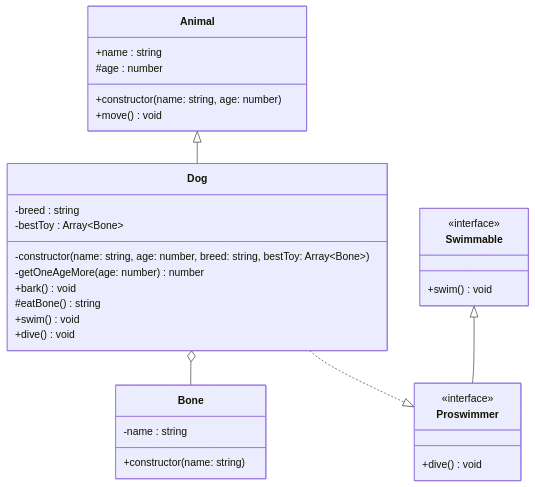
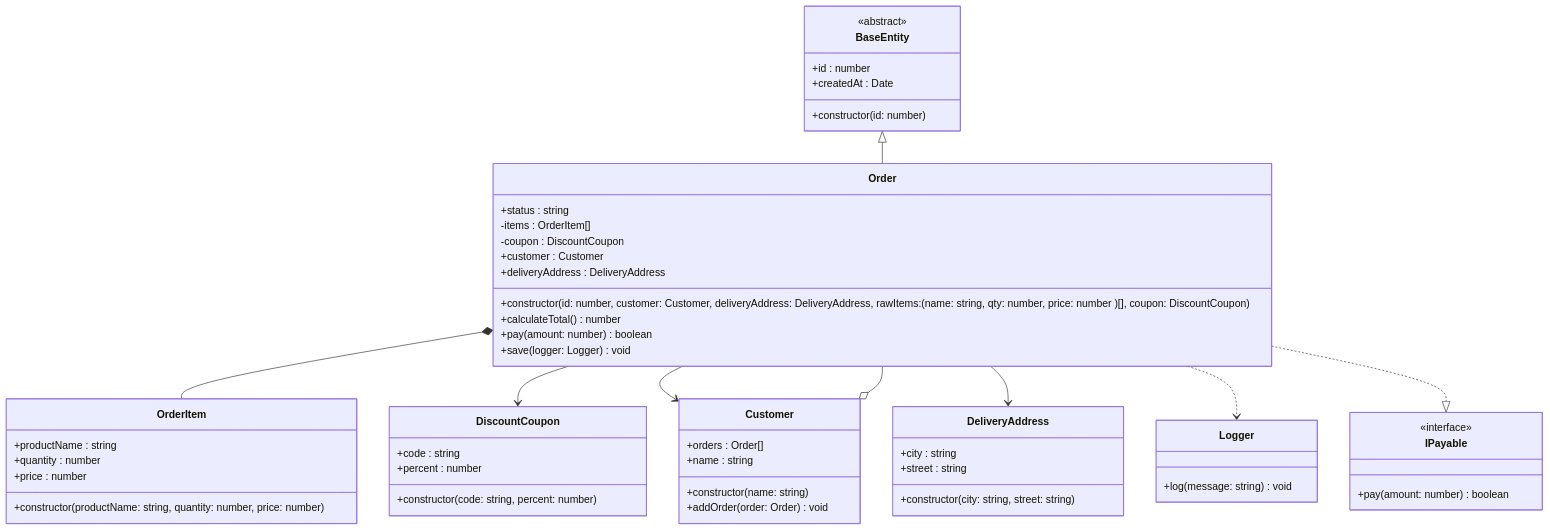
One commit to prashchukdanylo-stack/RGR_OOP changed the diagram in diagram.md. Above: the diagram before and after it, drawn with Mermaid. The commit also changed 4 other files, not shown here.

````diff
--- a/diagram.md
+++ b/diagram.md
@@ -1,40 +1,65 @@
 ```mermaid
 classDiagram
- class Animal {
- +name : string
- #age : number
- +constructor(name: string, age: number) 
- +move() void
- }
+    class BaseEntity {
+        <<abstract>>
+        +id : number
+        +createdAt : Date
+        +constructor(id: number)
+    }
 
- class Dog {
- -breed : string
- -bestToy : Array~Bone~
- -constructor(name: string, age: number, breed: string, bestToy: Array~Bone~) 
- -getOneAgeMore(age: number) number
- +bark() void
- #eatBone() string
- +swim() void
- +dive() void
- }
+    class OrderItem {
+        +productName : string
+        +quantity : number
+        +price : number
+        +constructor(productName: string, quantity: number, price: number)
+    }
 
- class Bone {
- -name : string
- +constructor(name: string) 
- }
+    class DiscountCoupon {
+        +code : string
+        +percent : number
+        +constructor(code: string, percent: number)
+    }
 
- class Swimmable {
- <<interface>>
- +swim() void
- }
+    class DeliveryAddress {
+        +city : string
+        +street : string
+        +constructor(city: string, street: string)
+    }
 
- class Proswimmer {
- <<interface>>
- +dive() void
- }
+    class Logger {
+        +log(message: string) void
+    }
 
- Animal <|-- Dog
- Dog o-- Bone
- Dog ..|> Proswimmer
- Swimmable <|-- Proswimmer
+    class Customer {
+        +orders : Order[]
+        +name : string
+        +constructor(name: string)
+        +addOrder(order: Order) void
+    }
+
+    class Order {
+        +status : string
+        -items : OrderItem[]
+        -coupon : DiscountCoupon
+        +customer : Customer
+        +deliveryAddress : DeliveryAddress
+        +constructor(id: number, customer: Customer, deliveryAddress: DeliveryAddress, rawItems: ( name: string, qty: number, price: number )[], coupon: DiscountCoupon)
+        +calculateTotal() number
+        +pay(amount: number) boolean
+        +save(logger: Logger) void
+    }
+
+    class IPayable {
+        <<interface>>
+        +pay(amount: number) boolean
+    }
+
+    Customer o-- Order
+    BaseEntity <|-- Order
+    Order *-- OrderItem
+    Order --> DiscountCoupon
+    Order --> Customer
+    Order --> DeliveryAddress
+    Order ..> Logger
+    Order ..|> IPayable
 ```
````
